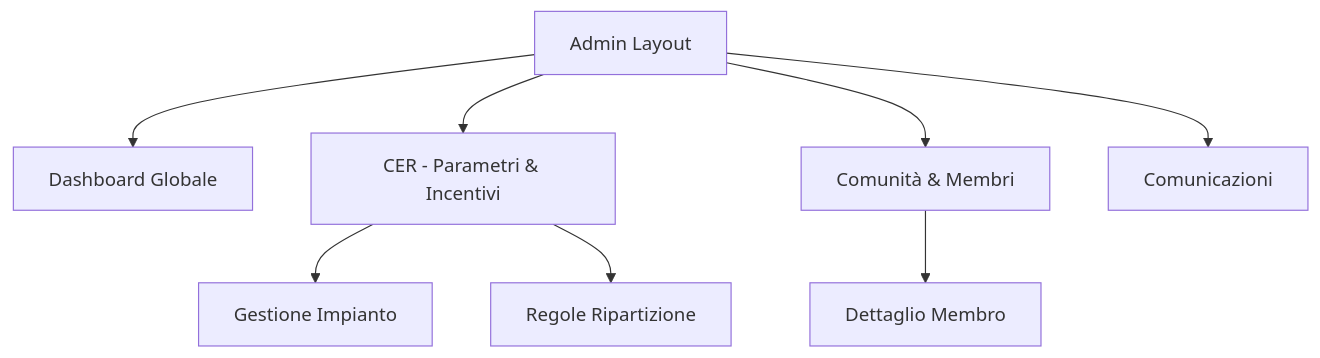
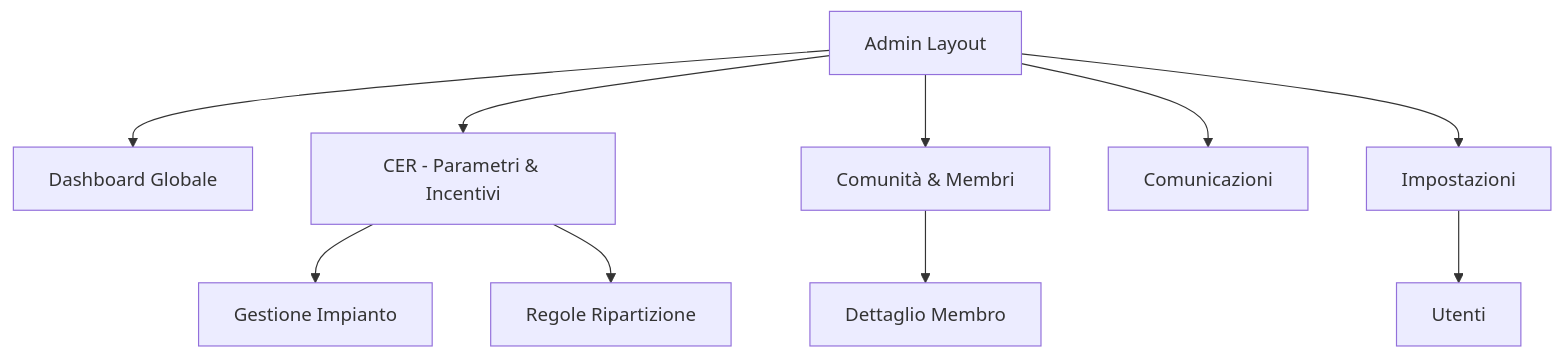
The diagram in docs/Navigazione_Gestore.md (robmusci06/progetto-cer), drawn with Mermaid before and after one commit. The commit also changed other lines of this file and 10 other files, not shown here.

````diff
--- a/docs/Navigazione_Gestore.md
+++ b/docs/Navigazione_Gestore.md
@@ -58,10 +66,12 @@
 ```mermaid
 graph TD
     A[Admin Layout] --> B[Dashboard Globale]
     A --> C[CER - Parametri & Incentivi]
     C --> C1[Gestione Impianto]
     C --> C2[Regole Ripartizione]
     A --> D[Comunità & Membri]
     D --> D1[Dettaglio Membro]
     A --> E[Comunicazioni]
+    A --> F[Impostazioni]
+    F --> F1[Utenti]
 ```
````
